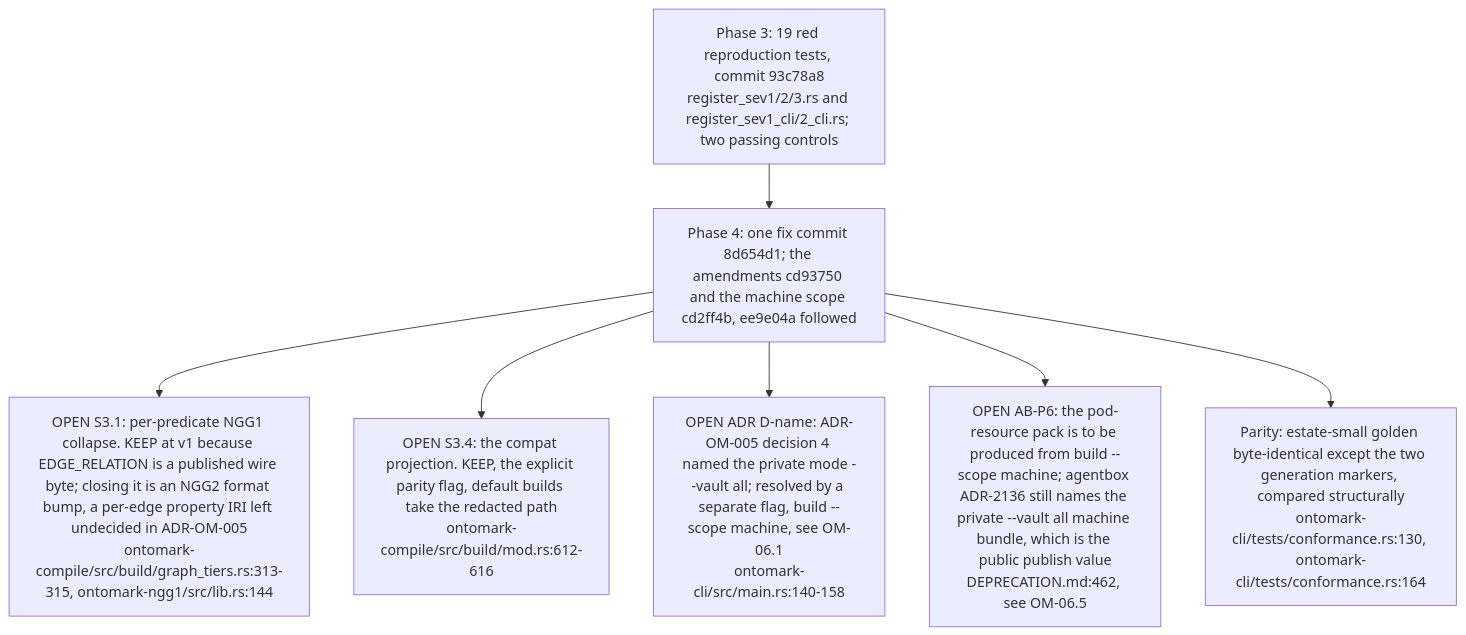
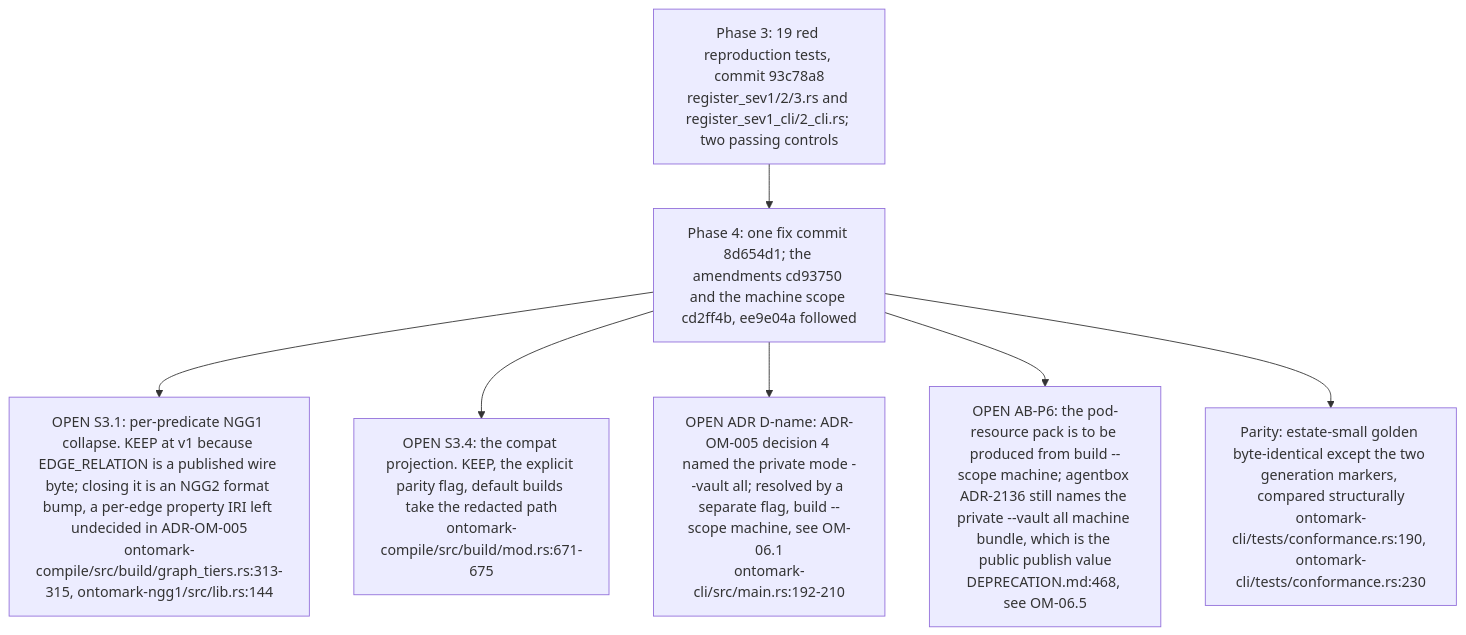
Before and after one commit to DreamLab-AI/VisionFlow: the fifth of 5 diagrams in docs/diagrams/ontomark/00-anomaly-register-and-reconciliation.md, drawn with Mermaid. The commit also changed other lines of this file and 160 other files, not shown here.

````diff
--- a/docs/diagrams/ontomark/00-anomaly-register-and-reconciliation.md
+++ b/docs/diagrams/ontomark/00-anomaly-register-and-reconciliation.md
@@ -319,13 +321,13 @@
 ```mermaid
 flowchart TB
     PH3["Phase 3: 19 red reproduction tests, commit 93c78a8<br/>register_sev1/2/3.rs and register_sev1_cli/2_cli.rs; two passing controls"]
     PH4["Phase 4: one fix commit 8d654d1; the amendments cd93750 and the machine scope cd2ff4b, ee9e04a followed"]
     PH3 --> PH4
     OPEN1["OPEN S3.1: per-predicate NGG1 collapse. KEEP at v1 because EDGE_RELATION is a published wire byte; closing it is an NGG2 format bump, a per-edge property IRI left undecided in ADR-OM-005<br/>ontomark-compile/src/build/graph_tiers.rs:313-315, ontomark-ngg1/src/lib.rs:144"]
-    OPEN2["OPEN S3.4: the compat projection. KEEP, the explicit parity flag, default builds take the redacted path<br/>ontomark-compile/src/build/mod.rs:612-616"]
-    OPEN3["OPEN ADR D-name: ADR-OM-005 decision 4 named the private mode --vault all; resolved by a separate flag, build --scope machine, see OM-06.1<br/>ontomark-cli/src/main.rs:140-158"]
-    OPEN4["OPEN AB-P6: the pod-resource pack is to be produced from build --scope machine; agentbox ADR-2136 still names the private --vault all machine bundle, which is the public publish value<br/>DEPRECATION.md:462, see OM-06.5"]
+    OPEN2["OPEN S3.4: the compat projection. KEEP, the explicit parity flag, default builds take the redacted path<br/>ontomark-compile/src/build/mod.rs:671-675"]
+    OPEN3["OPEN ADR D-name: ADR-OM-005 decision 4 named the private mode --vault all; resolved by a separate flag, build --scope machine, see OM-06.1<br/>ontomark-cli/src/main.rs:192-210"]
+    OPEN4["OPEN AB-P6: the pod-resource pack is to be produced from build --scope machine; agentbox ADR-2136 still names the private --vault all machine bundle, which is the public publish value<br/>DEPRECATION.md:468, see OM-06.5"]
     PH4 --> OPEN1 & OPEN2 & OPEN3 & OPEN4
-    PAR["Parity: estate-small golden byte-identical except the two generation markers, compared structurally<br/>ontomark-cli/tests/conformance.rs:130, ontomark-cli/tests/conformance.rs:164"]
+    PAR["Parity: estate-small golden byte-identical except the two generation markers, compared structurally<br/>ontomark-cli/tests/conformance.rs:190, ontomark-cli/tests/conformance.rs:230"]
     PH4 --> PAR
 ```
````
